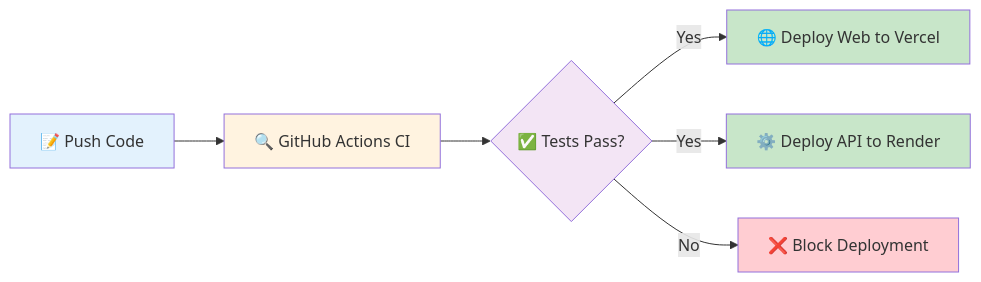
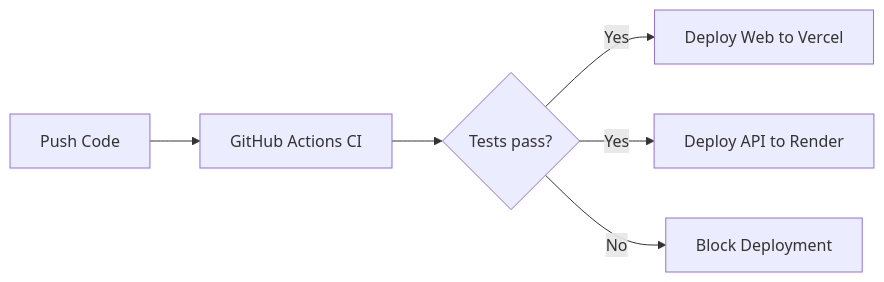
The second of 2 diagrams in README.md (yxshee/market), drawn with Mermaid before and after one commit. The commit also changed other lines of this file, not shown here.

Commit message:
docs(readme): refine flowcharts for improved clarity and consistency (#28)

````diff
--- a/README.md
+++ b/README.md
@@ -552,15 +544,8 @@
 ```mermaid
 flowchart LR
-  A[📝 Push Code] --> B[🔍 GitHub Actions CI]
-  B --> C{✅ Tests Pass?}
-  C -->|Yes| D[🌐 Deploy Web to Vercel]
-  C -->|Yes| E[⚙️ Deploy API to Render]
-  C -->|No| F[❌ Block Deployment]
-  
-  style A fill:#e3f2fd
-  style B fill:#fff3e0
-  style C fill:#f3e5f5
-  style D fill:#c8e6c9
-  style E fill:#c8e6c9
-  style F fill:#ffcdd2
+  A["Push Code"] --> B["GitHub Actions CI"]
+  B --> C{"Tests pass?"}
+  C -- "Yes" --> D["Deploy Web to Vercel"]
+  C -- "Yes" --> E["Deploy API to Render"]
+  C -- "No" --> F["Block Deployment"]
 ```
````
